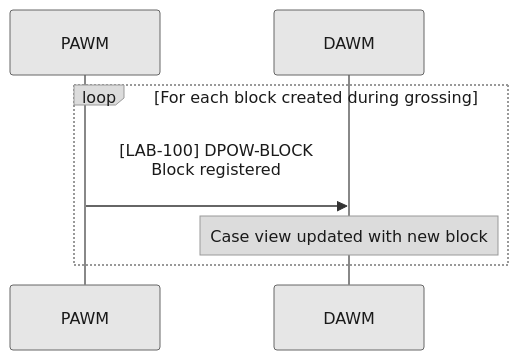
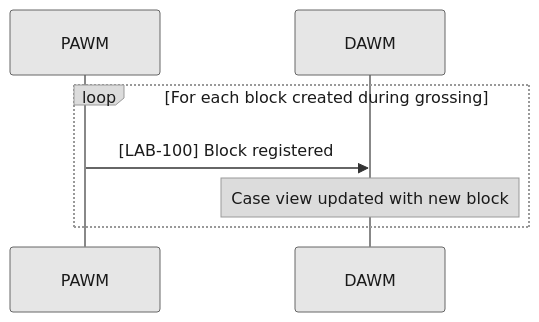
The fourth of 8 diagrams in input/pagecontent/volume-1.md (rufern/PaLM.DPOW), drawn with Mermaid before and after one commit. The commit also changed other lines of this file and 8 other files, not shown here.

````diff
--- a/input/pagecontent/volume-1.md
+++ b/input/pagecontent/volume-1.md
@@ -252,11 +254,11 @@
 ```mermaid
 %%{init: {"theme":"base","themeVariables":{"primaryColor":"#e6e6e6","primaryBorderColor":"#666666","primaryTextColor":"#1a1a1a","lineColor":"#555555","textColor":"#1a1a1a","mainBkg":"#e6e6e6","nodeBorder":"#666666","clusterBkg":"#f5f5f5","clusterBorder":"#999999","actorBkg":"#e6e6e6","actorBorder":"#666666","actorTextColor":"#1a1a1a","actorLineColor":"#888888","signalColor":"#333333","signalTextColor":"#1a1a1a","noteBkgColor":"#dcdcdc","noteTextColor":"#1a1a1a","noteBorderColor":"#999999","labelBoxBkgColor":"#dcdcdc","labelBoxBorderColor":"#999999","labelTextColor":"#1a1a1a","edgeLabelBackground":"#f5f5f5","sequenceNumberColor":"#1a1a1a"}}}%%
 sequenceDiagram
   participant PAWM as PAWM
   participant DAWM as DAWM
 
   loop For each block created during grossing
-    PAWM->>DAWM: [LAB-100] DPOW-BLOCK<br/>Block registered<br/>
+    PAWM->>DAWM: [LAB-100] Block registered
     Note over DAWM: Case view updated with new block
   end
 ```
````
